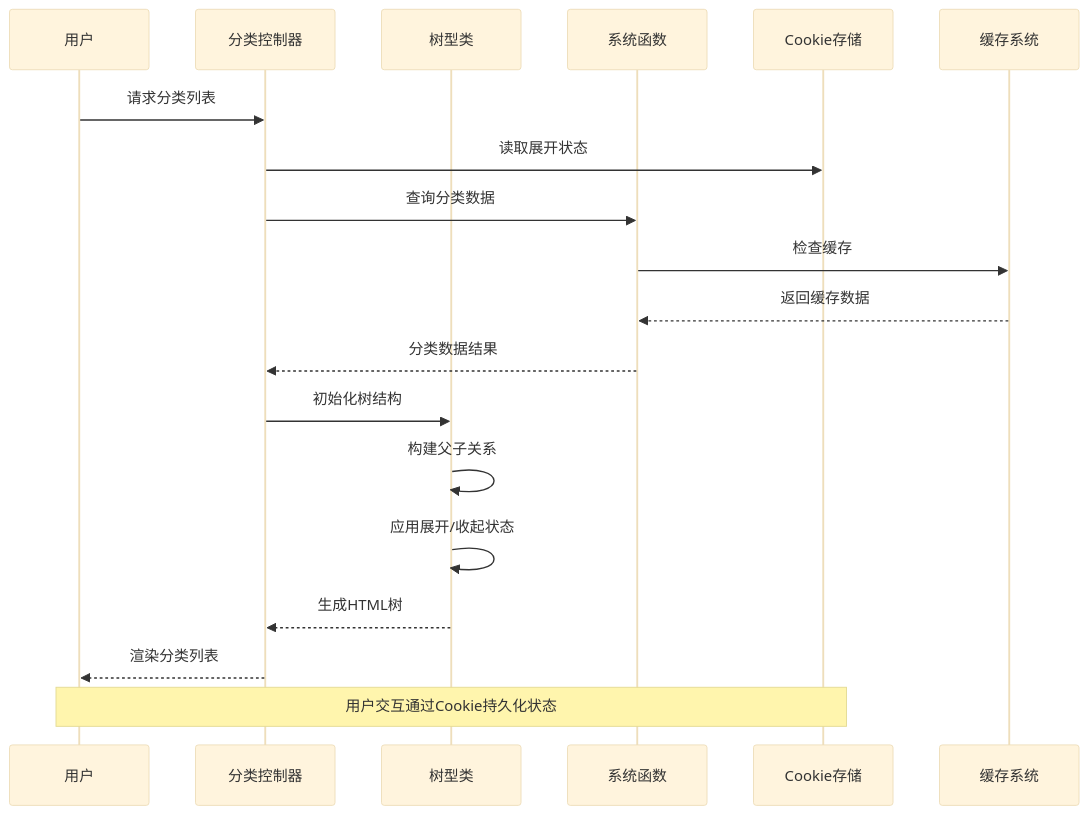
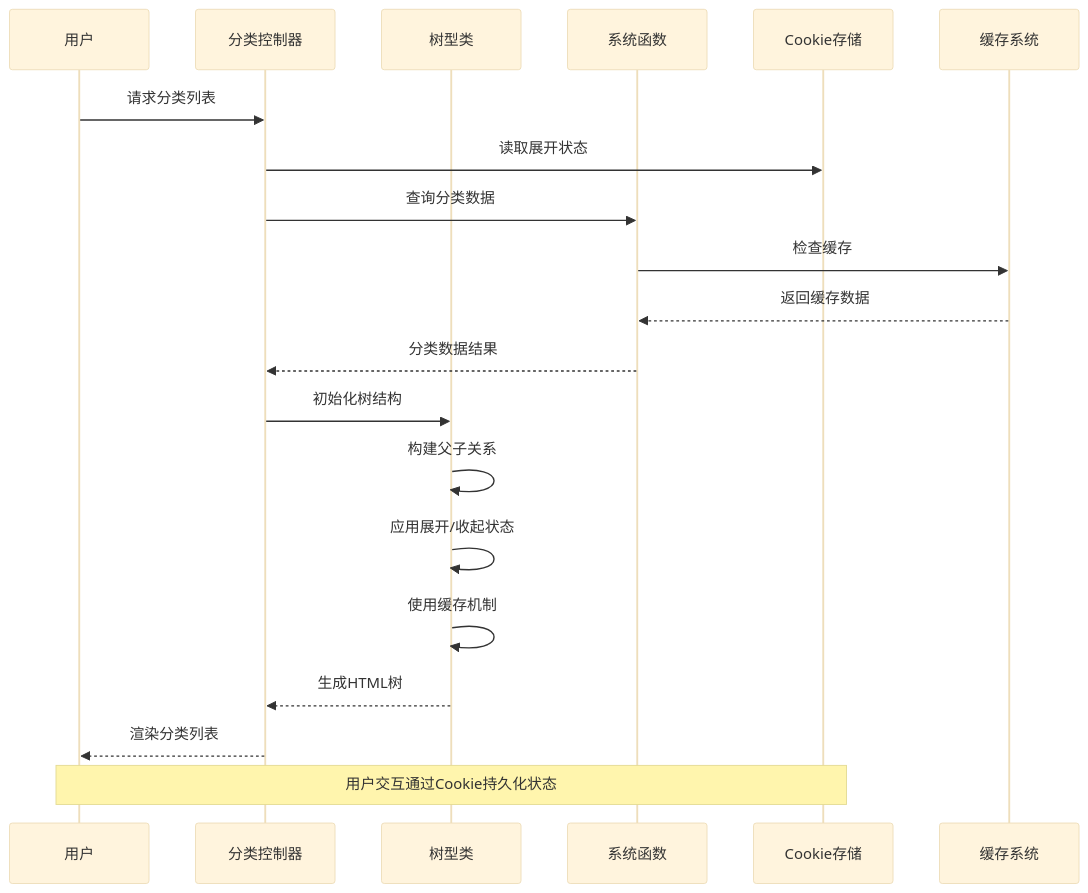
The second of 7 diagrams in .qoder/repowiki/zh/content/后台管理模块/分类管理/分类树形结构管理.md (lirongyaoper/lryblog.com), drawn with Mermaid (base theme) before and after one commit. The commit also changed other lines of this file and 3 other files, not shown here.

````diff
--- a/.qoder/repowiki/zh/content/后台管理模块/分类管理/分类树形结构管理.md
+++ b/.qoder/repowiki/zh/content/后台管理模块/分类管理/分类树形结构管理.md
@@ -129,21 +132,22 @@
 ```mermaid
 sequenceDiagram
 participant User as 用户
 participant Controller as 分类控制器
 participant Tree as 树型类
 participant SystemFunc as 系统函数
 participant Cookie as Cookie存储
 participant Cache as 缓存系统
 User->>Controller : 请求分类列表
 Controller->>Cookie : 读取展开状态
 Controller->>SystemFunc : 查询分类数据
 SystemFunc->>Cache : 检查缓存
 Cache-->>SystemFunc : 返回缓存数据
 SystemFunc-->>Controller : 分类数据结果
 Controller->>Tree : 初始化树结构
 Tree->>Tree : 构建父子关系
 Tree->>Tree : 应用展开/收起状态
+Tree->>Tree : 使用缓存机制
 Tree-->>Controller : 生成HTML树
 Controller-->>User : 渲染分类列表
 Note over User,Cookie : 用户交互通过Cookie持久化状态
 ```
````
